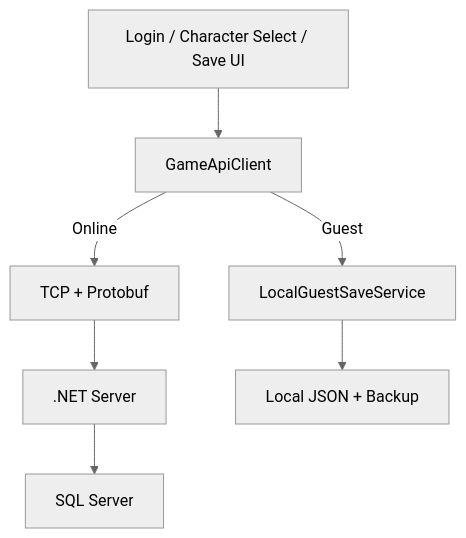
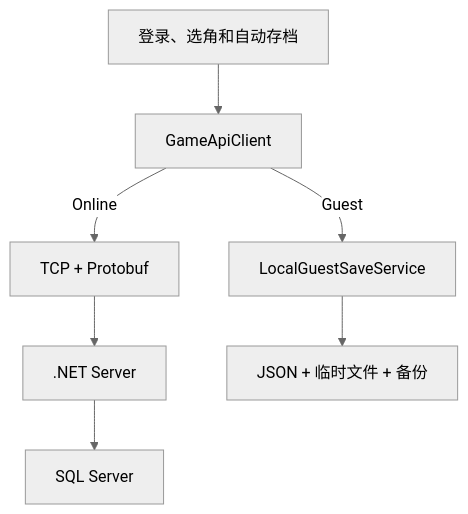
One commit to forrsine/Treasure-Hunter changed the third of 3 diagrams in README.md. Above: the diagram before and after it, drawn with Mermaid (neutral theme). The commit also changed other lines of this file and 2601 other files, not shown here.

````diff
--- a/README.md
+++ b/README.md
@@ -349,9 +302,9 @@
 ```mermaid
 flowchart TD
-    A["Login / Character Select / Save UI"] --> B["GameApiClient"]
+    A["登录、选角和自动存档"] --> B["GameApiClient"]
     B -->|Online| C["TCP + Protobuf"]
     C --> D[".NET Server"]
     D --> E["SQL Server"]
     B -->|Guest| F["LocalGuestSaveService"]
-    F --> G["Local JSON + Backup"]
+    F --> G["JSON + 临时文件 + 备份"]
 ```
````
